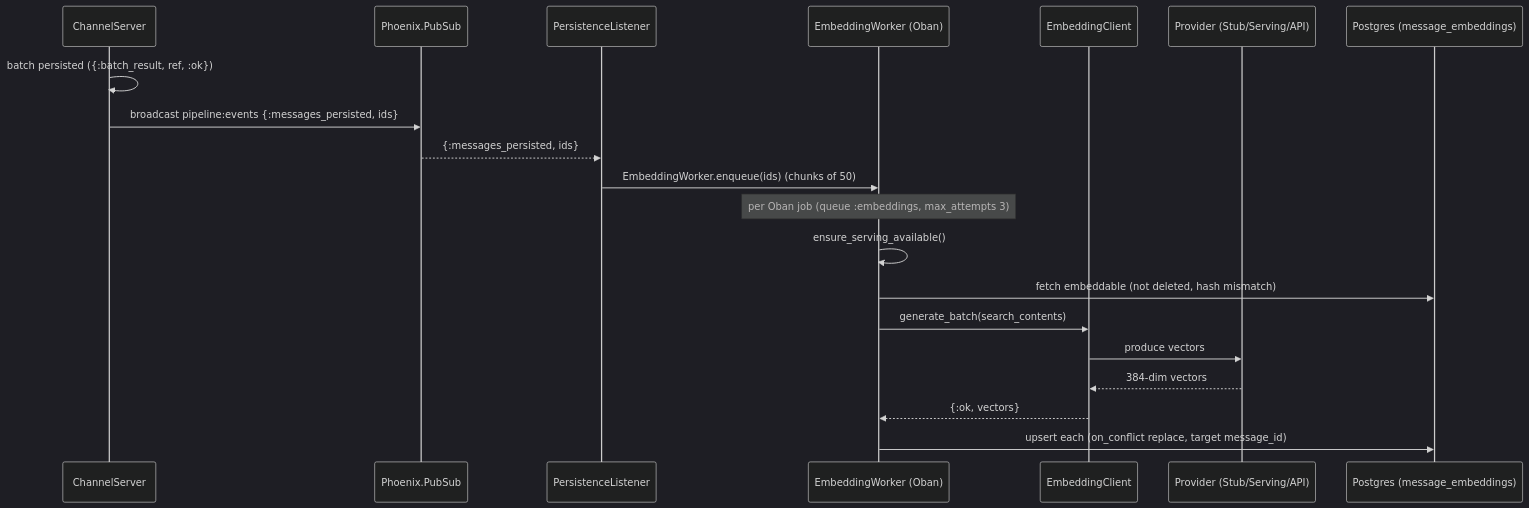
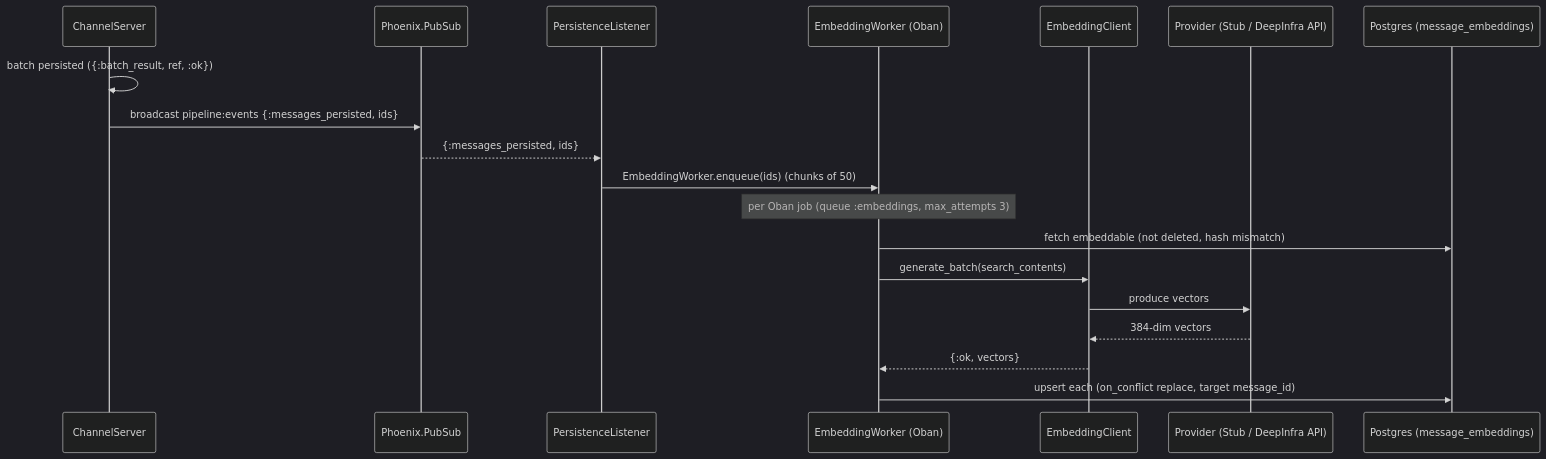
One commit to d-j-will/slackex changed the fourth of 5 diagrams in docs/architecture/embeddings.md. Above: the diagram before and after it, drawn with Mermaid (dark theme). The commit also changed other lines of this file and 1 other file, not shown here.

Commit message:
docs(architecture): reflect removal of local ML inference (DeepInfra API only)

````diff
--- a/docs/architecture/embeddings.md
+++ b/docs/architecture/embeddings.md
@@ -275,24 +267,23 @@
 ```mermaid
 sequenceDiagram
   participant CS as ChannelServer
   participant PubSub as Phoenix.PubSub
   participant PL as PersistenceListener
   participant W as EmbeddingWorker (Oban)
   participant C as EmbeddingClient
-  participant Prov as Provider (Stub/Serving/API)
+  participant Prov as Provider (Stub / DeepInfra API)
   participant DB as Postgres (message_embeddings)
 
   CS->>CS: batch persisted ({:batch_result, ref, :ok})
   CS->>PubSub: broadcast pipeline:events {:messages_persisted, ids}
   PubSub-->>PL: {:messages_persisted, ids}
   PL->>W: EmbeddingWorker.enqueue(ids)  (chunks of 50)
 
   Note over W: per Oban job (queue :embeddings, max_attempts 3)
-  W->>W: ensure_serving_available()
   W->>DB: fetch embeddable (not deleted, hash mismatch)
   W->>C: generate_batch(search_contents)
   C->>Prov: produce vectors
   Prov-->>C: 384-dim vectors
   C-->>W: {:ok, vectors}
   W->>DB: upsert each (on_conflict replace, target message_id)
 ```
````
